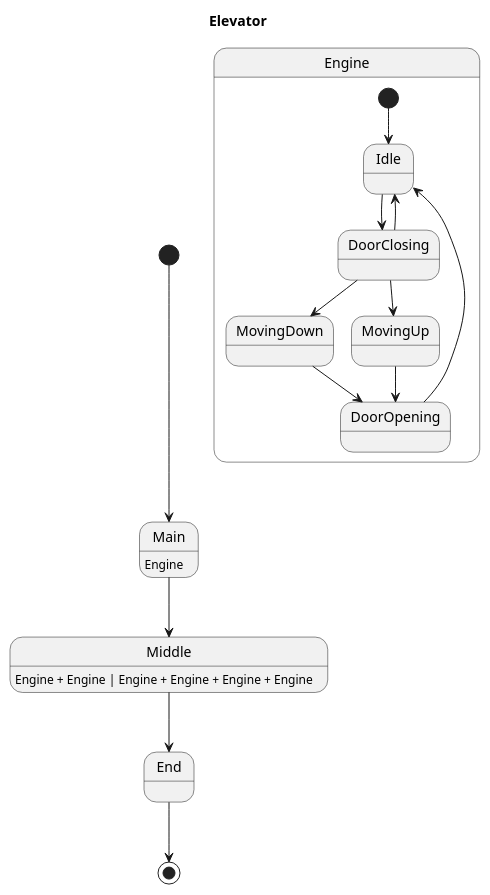
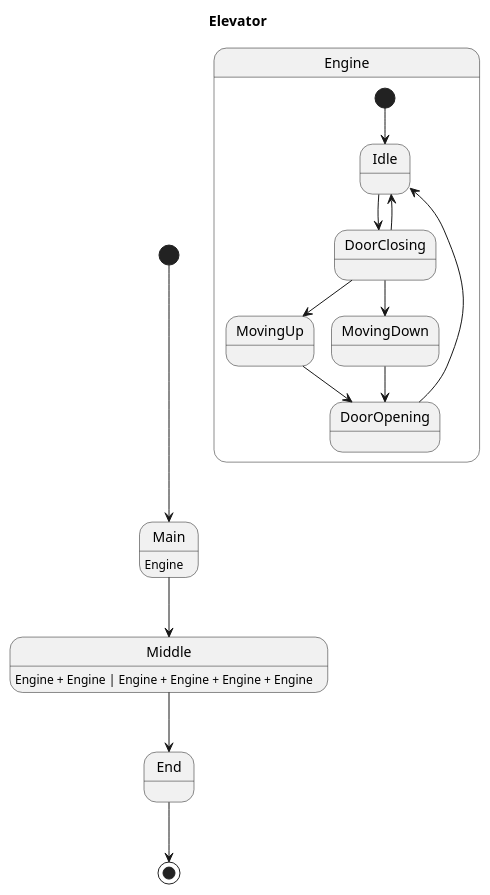
The diagram in examples/generated/plantuml/elevator.puml (Pastor/Takt), drawn with PlantUML before and after one commit. The commit also changed other lines of this file and 11 other files, not shown here.

```diff
--- a/examples/generated/plantuml/elevator.puml
+++ b/examples/generated/plantuml/elevator.puml
@@ -1,22 +1,22 @@
 @startuml
 title Elevator
 
 [*] --> Main
 End --> [*]
+Main : Engine
+Main --> Middle
 Middle : Engine + Engine | Engine + Engine + Engine + Engine
 Middle --> End
-Main : Engine
-Main --> Middle
 
 state Engine {
     [*] --> Idle
-    MovingDown --> DoorOpening
+    MovingUp --> DoorOpening
+    DoorOpening --> Idle
     DoorClosing --> Idle
     DoorClosing --> MovingUp
     DoorClosing --> MovingDown
     Idle --> DoorClosing
-    MovingUp --> DoorOpening
-    DoorOpening --> Idle
+    MovingDown --> DoorOpening
 }
 
 @enduml
```
